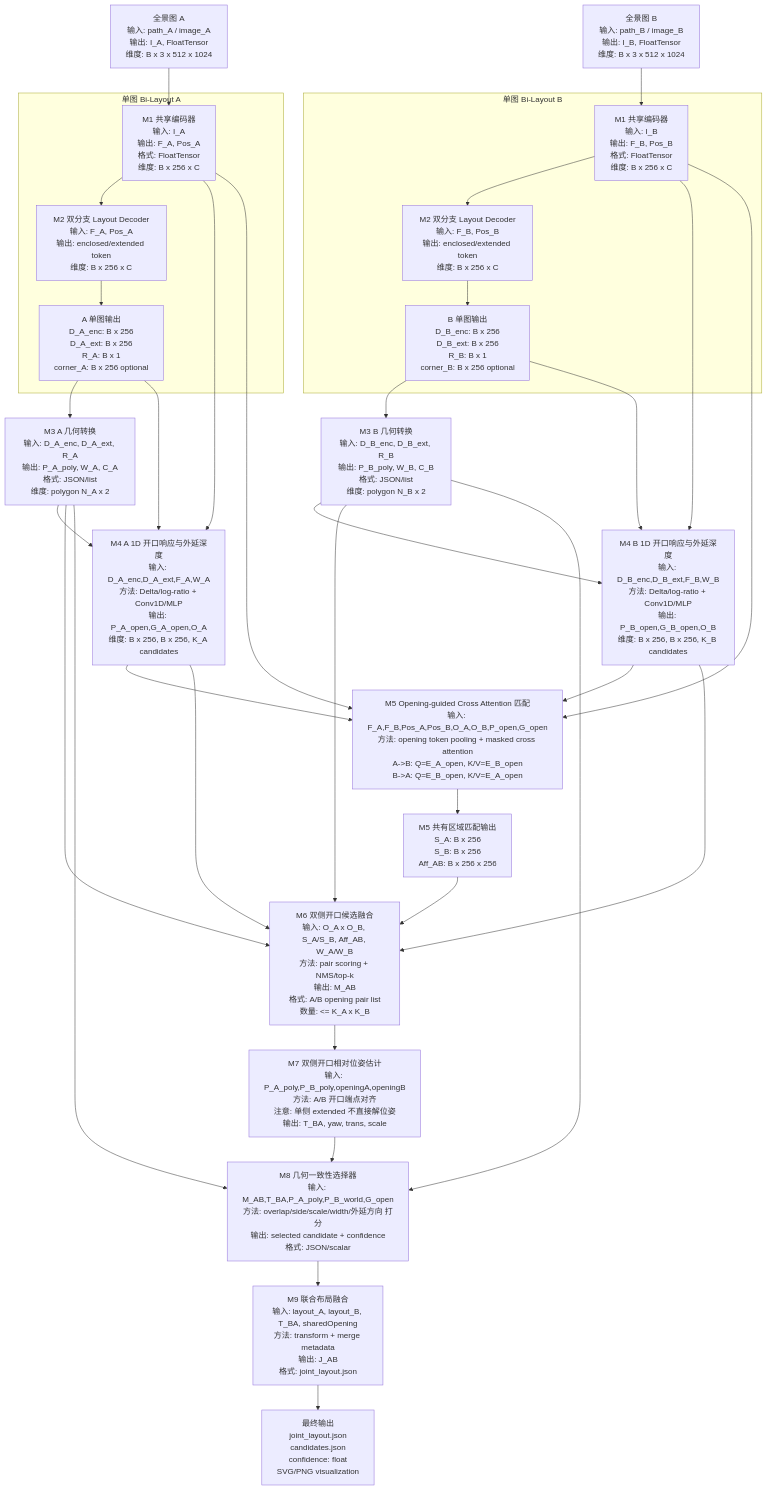
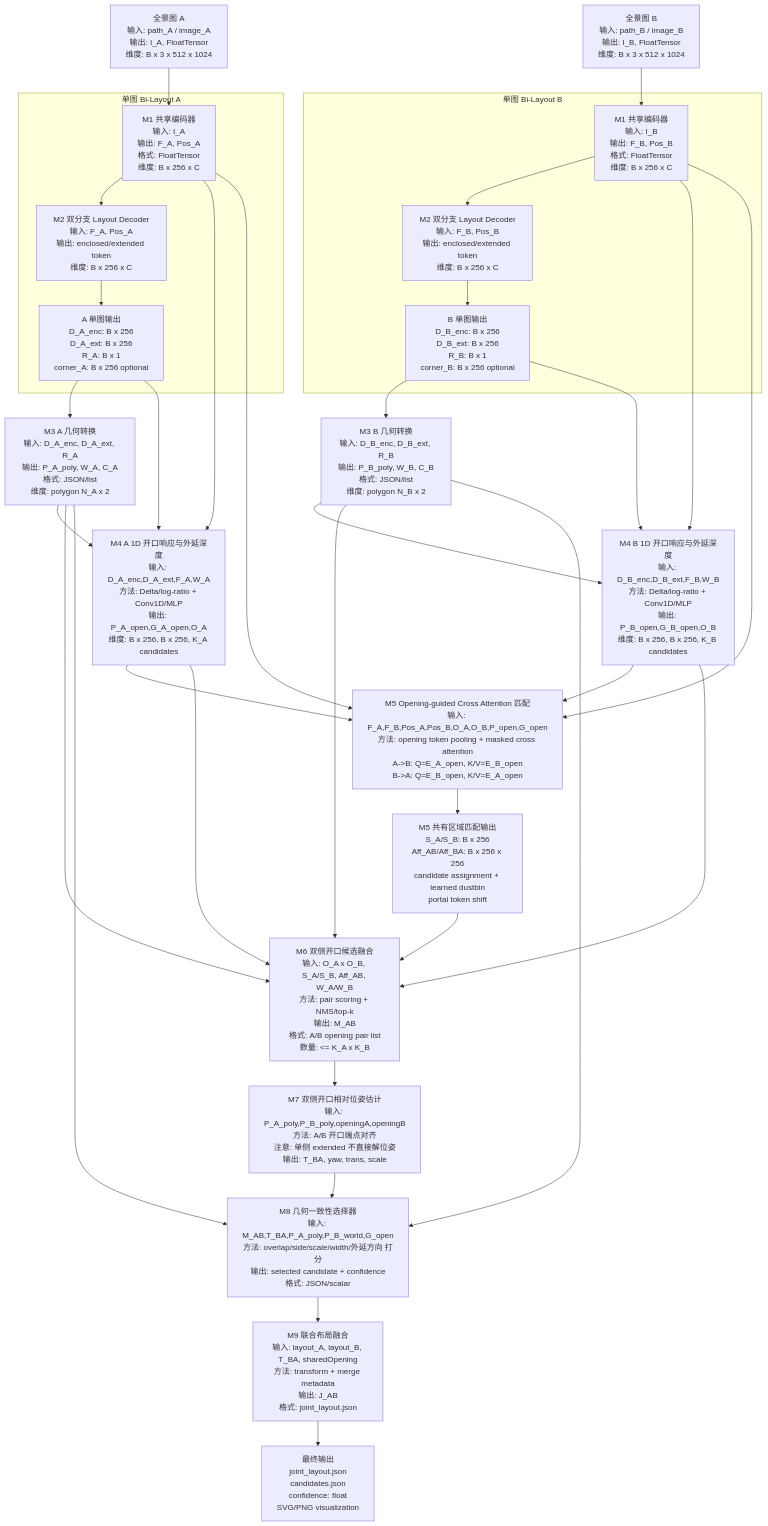
One commit to sunrunkun0422-dev/bi-layout changed the first of 2 diagrams in 跨场景共享开口融合网络架构_可编辑.md. Above: the diagram before and after it, drawn with Mermaid. The commit also changed other lines of this file and 50 other files, not shown here.

````diff
--- a/跨场景共享开口融合网络架构_可编辑.md
+++ b/跨场景共享开口融合网络架构_可编辑.md
@@ -149,61 +162,61 @@
 ```mermaid
 flowchart TB
     IA["全景图 A<br/>输入: path_A / image_A<br/>输出: I_A, FloatTensor<br/>维度: B x 3 x 512 x 1024"]
     IB["全景图 B<br/>输入: path_B / image_B<br/>输出: I_B, FloatTensor<br/>维度: B x 3 x 512 x 1024"]
 
     subgraph SingleA["单图 Bi-Layout A"]
         EncA["M1 共享编码器<br/>输入: I_A<br/>输出: F_A, Pos_A<br/>格式: FloatTensor<br/>维度: B x 256 x C"]
         DecA["M2 双分支 Layout Decoder<br/>输入: F_A, Pos_A<br/>输出: enclosed/extended token<br/>维度: B x 256 x C"]
         OutA["A 单图输出<br/>D_A_enc: B x 256<br/>D_A_ext: B x 256<br/>R_A: B x 1<br/>corner_A: B x 256 optional"]
         EncA --> DecA --> OutA
     end
 
     subgraph SingleB["单图 Bi-Layout B"]
         EncB["M1 共享编码器<br/>输入: I_B<br/>输出: F_B, Pos_B<br/>格式: FloatTensor<br/>维度: B x 256 x C"]
         DecB["M2 双分支 Layout Decoder<br/>输入: F_B, Pos_B<br/>输出: enclosed/extended token<br/>维度: B x 256 x C"]
         OutB["B 单图输出<br/>D_B_enc: B x 256<br/>D_B_ext: B x 256<br/>R_B: B x 1<br/>corner_B: B x 256 optional"]
         EncB --> DecB --> OutB
     end
 
     GeomA["M3 A 几何转换<br/>输入: D_A_enc, D_A_ext, R_A<br/>输出: P_A_poly, W_A, C_A<br/>格式: JSON/list<br/>维度: polygon N_A x 2"]
     GeomB["M3 B 几何转换<br/>输入: D_B_enc, D_B_ext, R_B<br/>输出: P_B_poly, W_B, C_B<br/>格式: JSON/list<br/>维度: polygon N_B x 2"]
 
     PassA["M4 A 1D 开口响应与外延深度<br/>输入: D_A_enc,D_A_ext,F_A,W_A<br/>方法: Delta/log-ratio + Conv1D/MLP<br/>输出: P_A_open,G_A_open,O_A<br/>维度: B x 256, B x 256, K_A candidates"]
     PassB["M4 B 1D 开口响应与外延深度<br/>输入: D_B_enc,D_B_ext,F_B,W_B<br/>方法: Delta/log-ratio + Conv1D/MLP<br/>输出: P_B_open,G_B_open,O_B<br/>维度: B x 256, B x 256, K_B candidates"]
 
     Cross["M5 Opening-guided Cross Attention 匹配<br/>输入: F_A,F_B,Pos_A,Pos_B,O_A,O_B,P_open,G_open<br/>方法: opening token pooling + masked cross attention<br/>A->B: Q=E_A_open, K/V=E_B_open<br/>B->A: Q=E_B_open, K/V=E_A_open"]
-    Aff["M5 共有区域匹配输出<br/>S_A: B x 256<br/>S_B: B x 256<br/>Aff_AB: B x 256 x 256"]
+    Aff["M5 共有区域匹配输出<br/>S_A/S_B: B x 256<br/>Aff_AB/Aff_BA: B x 256 x 256<br/>candidate assignment + learned dustbin<br/>portal token shift"]
 
     Candidate["M6 双侧开口候选融合<br/>输入: O_A x O_B, S_A/S_B, Aff_AB, W_A/W_B<br/>方法: pair scoring + NMS/top-k<br/>输出: M_AB<br/>格式: A/B opening pair list<br/>数量: &lt;= K_A x K_B"]
     Pose["M7 双侧开口相对位姿估计<br/>输入: P_A_poly,P_B_poly,openingA,openingB<br/>方法: A/B 开口端点对齐<br/>注意: 单侧 extended 不直接解位姿<br/>输出: T_BA, yaw, trans, scale"]
     Select["M8 几何一致性选择器<br/>输入: M_AB,T_BA,P_A_poly,P_B_world,G_open<br/>方法: overlap/side/scale/width/外延方向 打分<br/>输出: selected candidate + confidence<br/>格式: JSON/scalar"]
     Joint["M9 联合布局融合<br/>输入: layout_A, layout_B, T_BA, sharedOpening<br/>方法: transform + merge metadata<br/>输出: J_AB<br/>格式: joint_layout.json"]
     Output["最终输出<br/>joint_layout.json<br/>candidates.json<br/>confidence: float<br/>SVG/PNG visualization"]
 
     IA --> EncA
     IB --> EncB
     OutA --> GeomA
     OutB --> GeomB
     OutA --> PassA
     OutB --> PassB
     GeomA --> PassA
     GeomB --> PassB
     EncA --> PassA
     EncB --> PassB
     PassA --> Cross
     PassB --> Cross
     EncA --> Cross
     EncB --> Cross
     Cross --> Aff
     PassA --> Candidate
     PassB --> Candidate
     Aff --> Candidate
     GeomA --> Candidate
     GeomB --> Candidate
     Candidate --> Pose
     Pose --> Select
     GeomA --> Select
     GeomB --> Select
     Select --> Joint
     Joint --> Output
 ```
````
